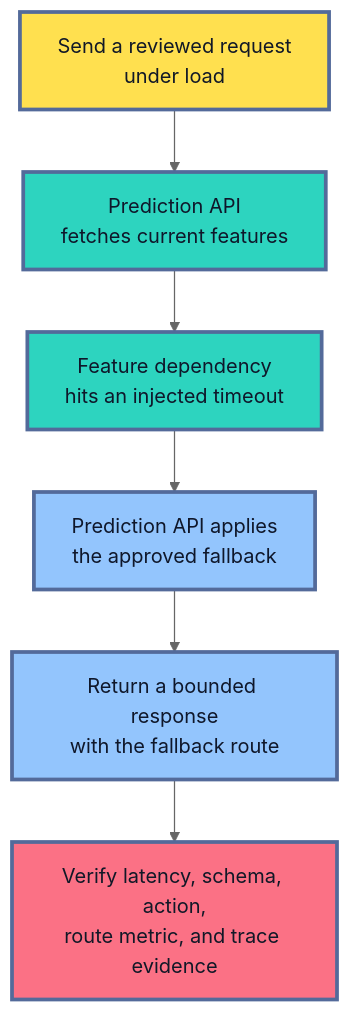
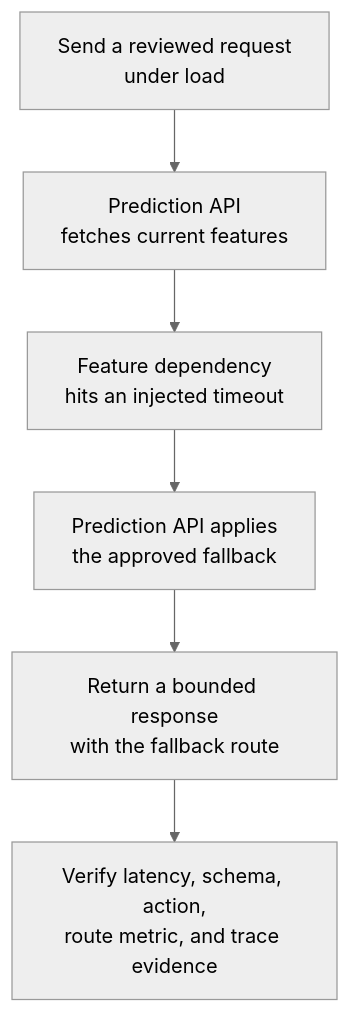
One commit to senlinyy/dev-roadmaps changed the seventh of 12 diagrams in roadmaps/mlops/modules/model-evaluation/production-readiness/03-robustness-testing-before-release.md. Above: the diagram before and after it, drawn with Mermaid (neutral theme). The commit also changed other lines of this file and 152 other files, not shown here.

Commit message:
feat: mlops and diagrams updated

````diff
--- a/roadmaps/mlops/modules/model-evaluation/production-readiness/03-robustness-testing-before-release.md
+++ b/roadmaps/mlops/modules/model-evaluation/production-readiness/03-robustness-testing-before-release.md
@@ -438,17 +415,13 @@
 ```mermaid
 flowchart TD
     A["Send a reviewed request<br/>under load"] --> B["Prediction API<br/>fetches current features"]
     B --> C["Feature dependency<br/>hits an injected timeout"]
     C --> D["Prediction API applies<br/>the approved fallback"]
     D --> E["Return a bounded response<br/>with the fallback route"]
     E --> F["Verify latency, schema, action,<br/>route metric, and trace evidence"]
 
-    classDef request fill:#FFE04F,stroke:#536A9A,stroke-width:3px,color:#111827
-    classDef dependency fill:#2DD4BF,stroke:#536A9A,stroke-width:3px,color:#0F172A
-    classDef fallback fill:#93C5FD,stroke:#536A9A,stroke-width:3px,color:#0F172A
-    classDef verify fill:#FB7185,stroke:#536A9A,stroke-width:3px,color:#111827
     class A request
     class B,C dependency
     class D,E fallback
     class F verify
 ```
````
